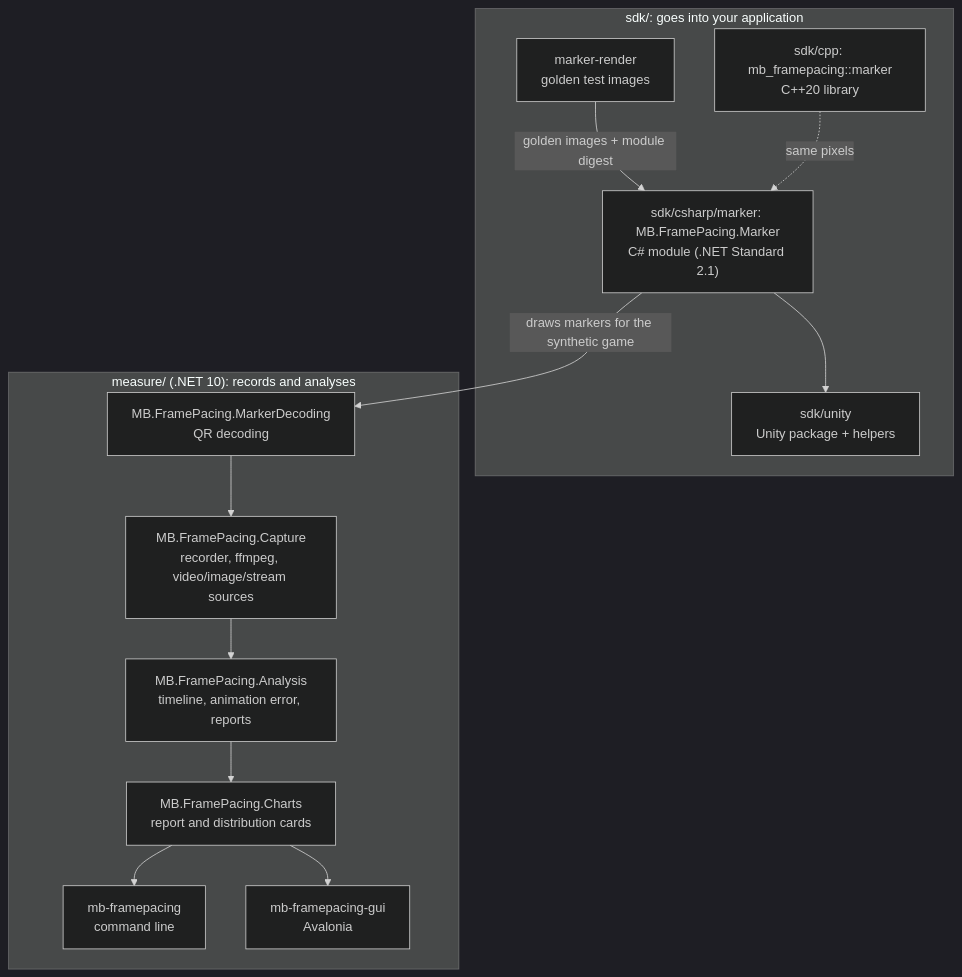
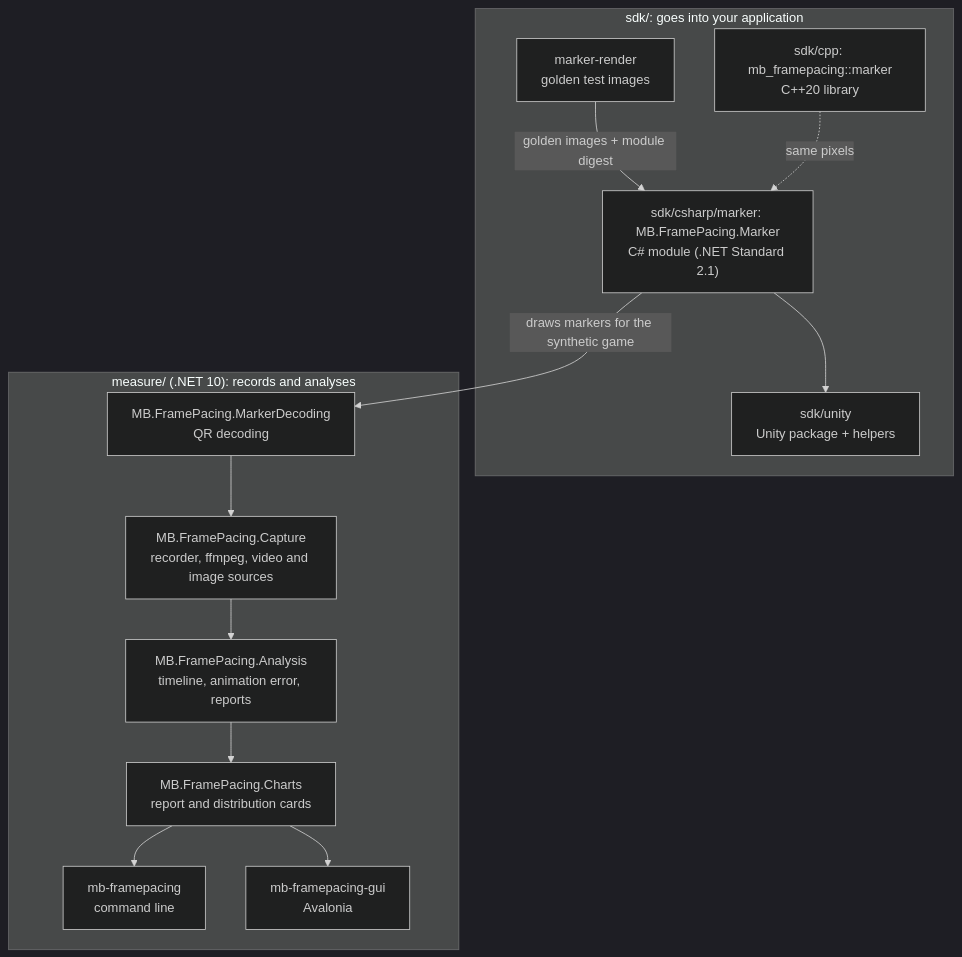
One commit to Unarmed1000/mb-framepacing changed the fourth of 4 diagrams in README.md. Above: the diagram before and after it, drawn with Mermaid (dark theme). The commit also changed other lines of this file and 1 other file, not shown here.

````diff
--- a/README.md
+++ b/README.md
@@ -487,23 +482,23 @@
 ```mermaid
 flowchart TB
     subgraph marker["sdk/: goes into your application"]
         L["sdk/cpp: mb_framepacing::marker<br/>C++20 library"]
         R["marker-render<br/>golden test images"]
         CS["sdk/csharp/marker: MB.FramePacing.Marker<br/>C# module (.NET Standard 2.1)"]
         U["sdk/unity<br/>Unity package + helpers"]
     end
     subgraph dotnet["measure/ (.NET 10): records and analyses"]
         M["MB.FramePacing.MarkerDecoding<br/>QR decoding"]
-        CAP["MB.FramePacing.Capture<br/>recorder, ffmpeg, video/image/stream sources"]
+        CAP["MB.FramePacing.Capture<br/>recorder, ffmpeg, video and image sources"]
         AN["MB.FramePacing.Analysis<br/>timeline, animation error, reports"]
         CH["MB.FramePacing.Charts<br/>report and distribution cards"]
         CLI["mb-framepacing<br/>command line"]
         GUI["mb-framepacing-gui<br/>Avalonia"]
     end
     R -- "golden images + module digest" --> CS
     L -.->|same pixels| CS
     CS --> U
     CS -- "draws markers for the synthetic game" --> M
     M --> CAP --> AN --> CH --> CLI
     CH --> GUI
 ```
````
